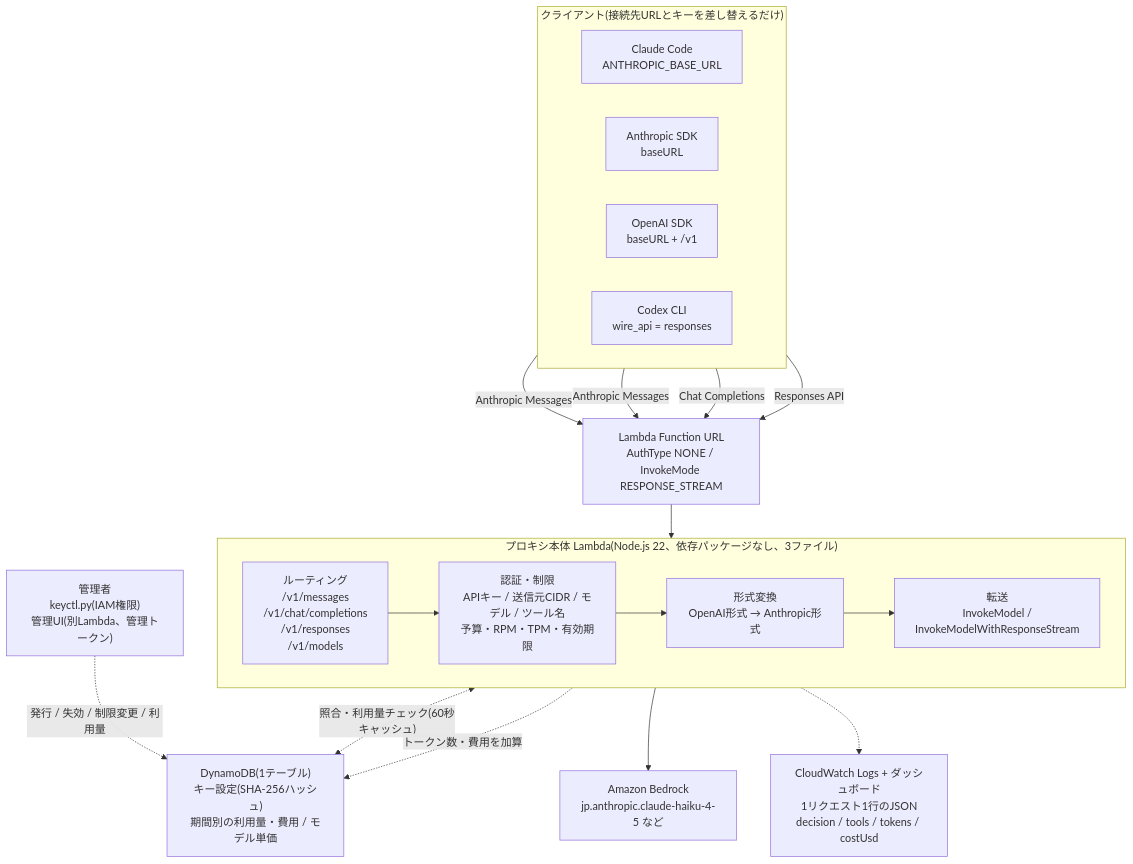
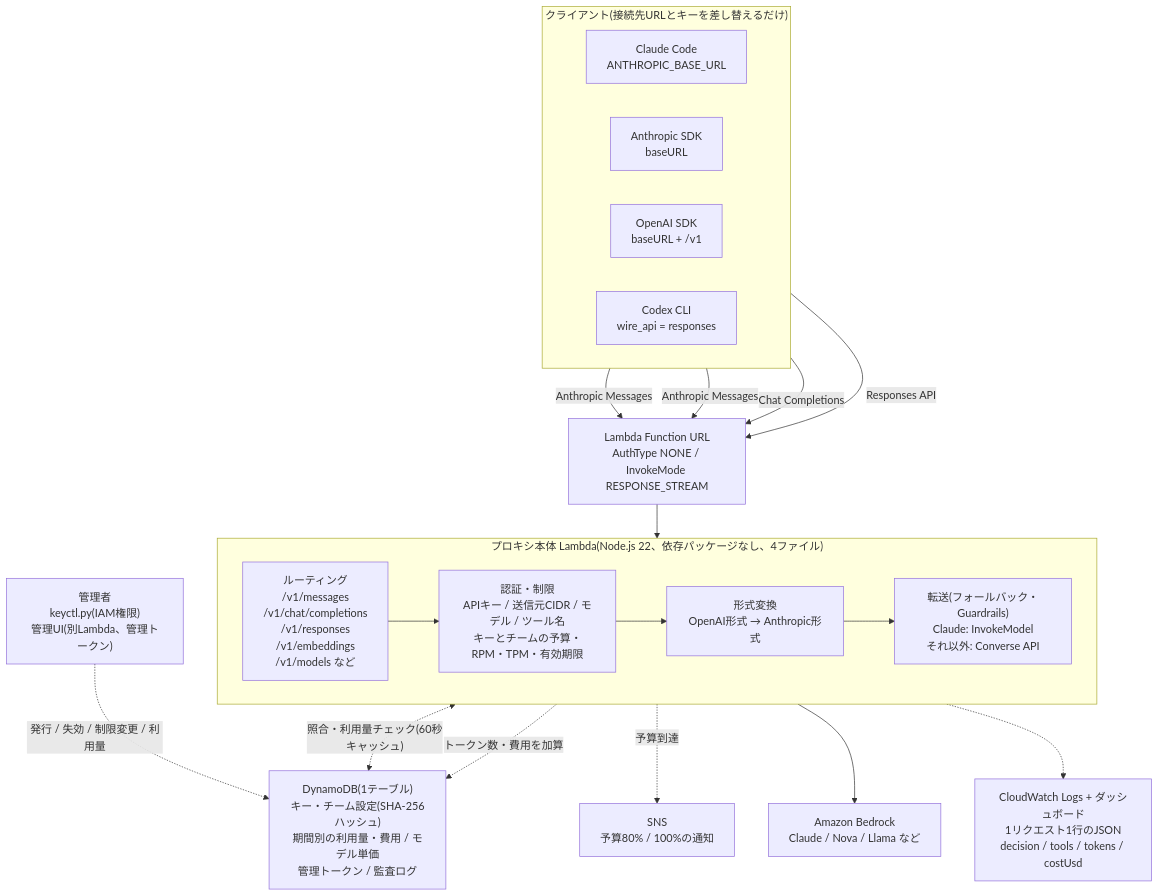
The diagram in docs/architecture.mmd (upgradeinc-c-m/simple-llm-proxy), drawn with Mermaid before and after one commit. The commit also changed 2 other files, not shown here.

Commit message:
README: file counts and limitations; architecture diagram updated

```diff
--- a/docs/architecture.mmd
+++ b/docs/architecture.mmd
@@ -1,31 +1,33 @@
 flowchart TB
     KC["管理者<br/>keyctl.py(IAM権限)<br/>管理UI(別Lambda、管理トークン)"]
     subgraph Clients["クライアント(接続先URLとキーを差し替えるだけ)"]
         direction LR
         CC["Claude Code<br/>ANTHROPIC_BASE_URL"]
         AS["Anthropic SDK<br/>baseURL"]
         OS["OpenAI SDK<br/>baseURL + /v1"]
         CX["Codex CLI<br/>wire_api = responses"]
     end
     URL["Lambda Function URL<br/>AuthType NONE / InvokeMode RESPONSE_STREAM"]
-    subgraph L["プロキシ本体 Lambda(Node.js 22、依存パッケージなし、3ファイル)"]
+    subgraph L["プロキシ本体 Lambda(Node.js 22、依存パッケージなし、4ファイル)"]
         direction LR
-        R["ルーティング<br/>/v1/messages<br/>/v1/chat/completions<br/>/v1/responses<br/>/v1/models"]
-        A["認証・制限<br/>APIキー / 送信元CIDR / モデル / ツール名<br/>予算・RPM・TPM・有効期限"]
+        R["ルーティング<br/>/v1/messages<br/>/v1/chat/completions<br/>/v1/responses<br/>/v1/embeddings<br/>/v1/models など"]
+        A["認証・制限<br/>APIキー / 送信元CIDR / モデル / ツール名<br/>キーとチームの予算・RPM・TPM・有効期限"]
         T["形式変換<br/>OpenAI形式 → Anthropic形式"]
-        F["転送<br/>InvokeModel /<br/>InvokeModelWithResponseStream"]
+        F["転送(フォールバック・Guardrails)<br/>Claude: InvokeModel<br/>それ以外: Converse API"]
         R --> A --> T --> F
     end
-    DDB["DynamoDB(1テーブル)<br/>キー設定(SHA-256ハッシュ)<br/>期間別の利用量・費用 / モデル単価"]
+    DDB["DynamoDB(1テーブル)<br/>キー・チーム設定(SHA-256ハッシュ)<br/>期間別の利用量・費用 / モデル単価<br/>管理トークン / 監査ログ"]
     CW["CloudWatch Logs + ダッシュボード<br/>1リクエスト1行のJSON<br/>decision / tools / tokens / costUsd"]
-    BR["Amazon Bedrock<br/>jp.anthropic.claude-haiku-4-5 など"]
+    BR["Amazon Bedrock<br/>Claude / Nova / Llama など"]
+    SNS["SNS<br/>予算80% / 100%の通知"]
     CC -->|"Anthropic Messages"| URL
     AS -->|"Anthropic Messages"| URL
     OS -->|"Chat Completions"| URL
     CX -->|"Responses API"| URL
     URL --> L
     KC -.->|"発行 / 失効 / 制限変更 / 利用量"| DDB
     A <-.->|"照合・利用量チェック(60秒キャッシュ)"| DDB
     F -.->|"トークン数・費用を加算"| DDB
+    F -.->|"予算到達"| SNS
     F --> BR
     L -.-> CW
```
